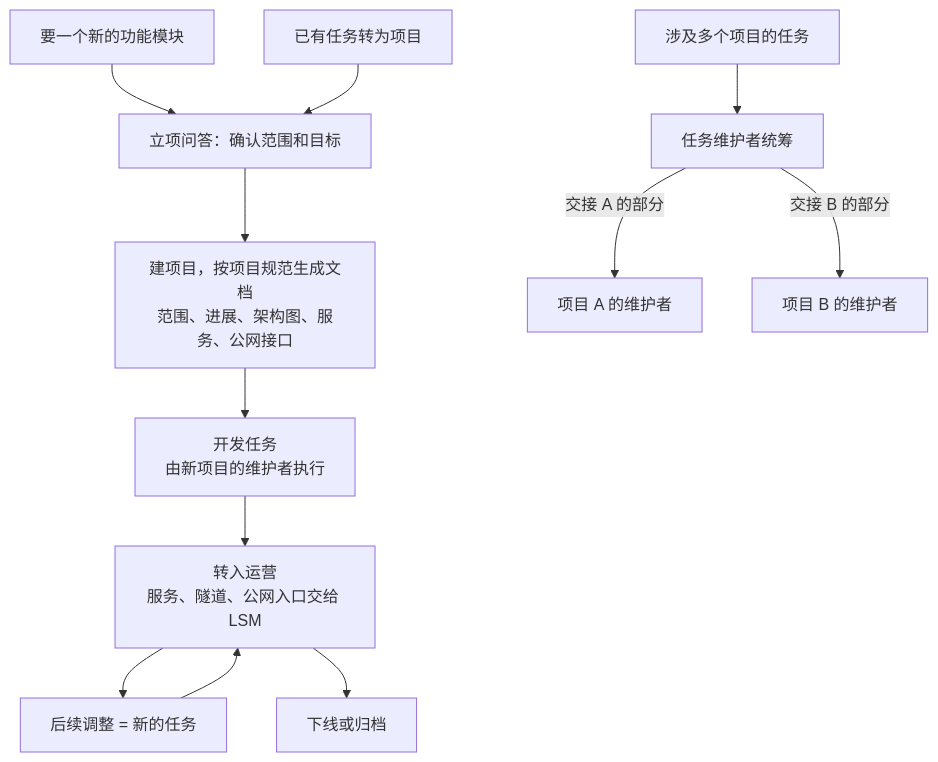
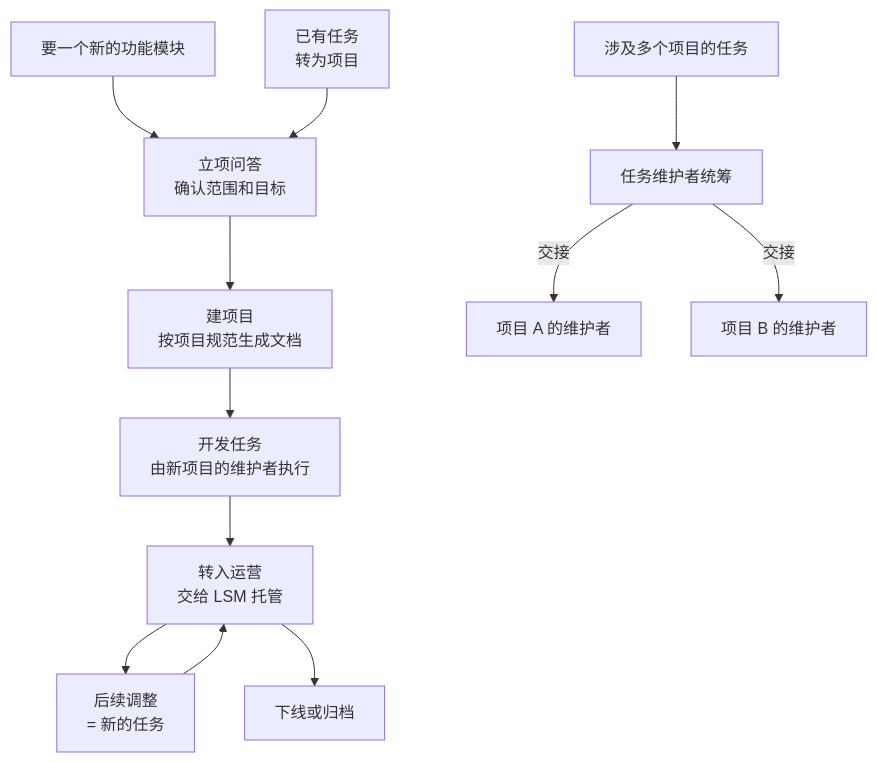
Before and after one commit to catmaniii/ergo: the fifth of 7 diagrams in README.md, drawn with Mermaid. The commit also changed other lines of this file and 1 other file, not shown here.

First line of the commit message:
docs: README 图改为纵向并收窄，新增英文版

````diff
--- a/README.md
+++ b/README.md
@@ -193,15 +192,15 @@
 ```mermaid
-flowchart TD
-    NEED["要一个新的功能模块"] --> SETUP["立项问答：确认范围和目标"]
-    CONV["已有任务转为项目"] --> SETUP
-    SETUP --> CREATE["建项目，按项目规范生成文档<br/>范围、进展、架构图、服务、公网接口"]
+flowchart TB
+    NEED["要一个新的功能模块"] --> SETUP["立项问答<br/>确认范围和目标"]
+    CONV["已有任务<br/>转为项目"] --> SETUP
+    SETUP --> CREATE["建项目<br/>按项目规范生成文档"]
     CREATE --> DEV["开发任务<br/>由新项目的维护者执行"]
-    DEV --> OPS["转入运营<br/>服务、隧道、公网入口交给 LSM"]
-    OPS --> CHANGE["后续调整 = 新的任务"]
+    DEV --> OPS["转入运营<br/>交给 LSM 托管"]
+    OPS --> CHANGE["后续调整<br/>= 新的任务"]
     CHANGE --> OPS
     OPS --> OFF["下线或归档"]
 
     MULTI["涉及多个项目的任务"] --> TM["任务维护者统筹"]
-    TM -->|"交接 A 的部分"| PA["项目 A 的维护者"]
-    TM -->|"交接 B 的部分"| PB["项目 B 的维护者"]
+    TM -->|"交接"| PA["项目 A 的维护者"]
+    TM -->|"交接"| PB["项目 B 的维护者"]
 ```
````
